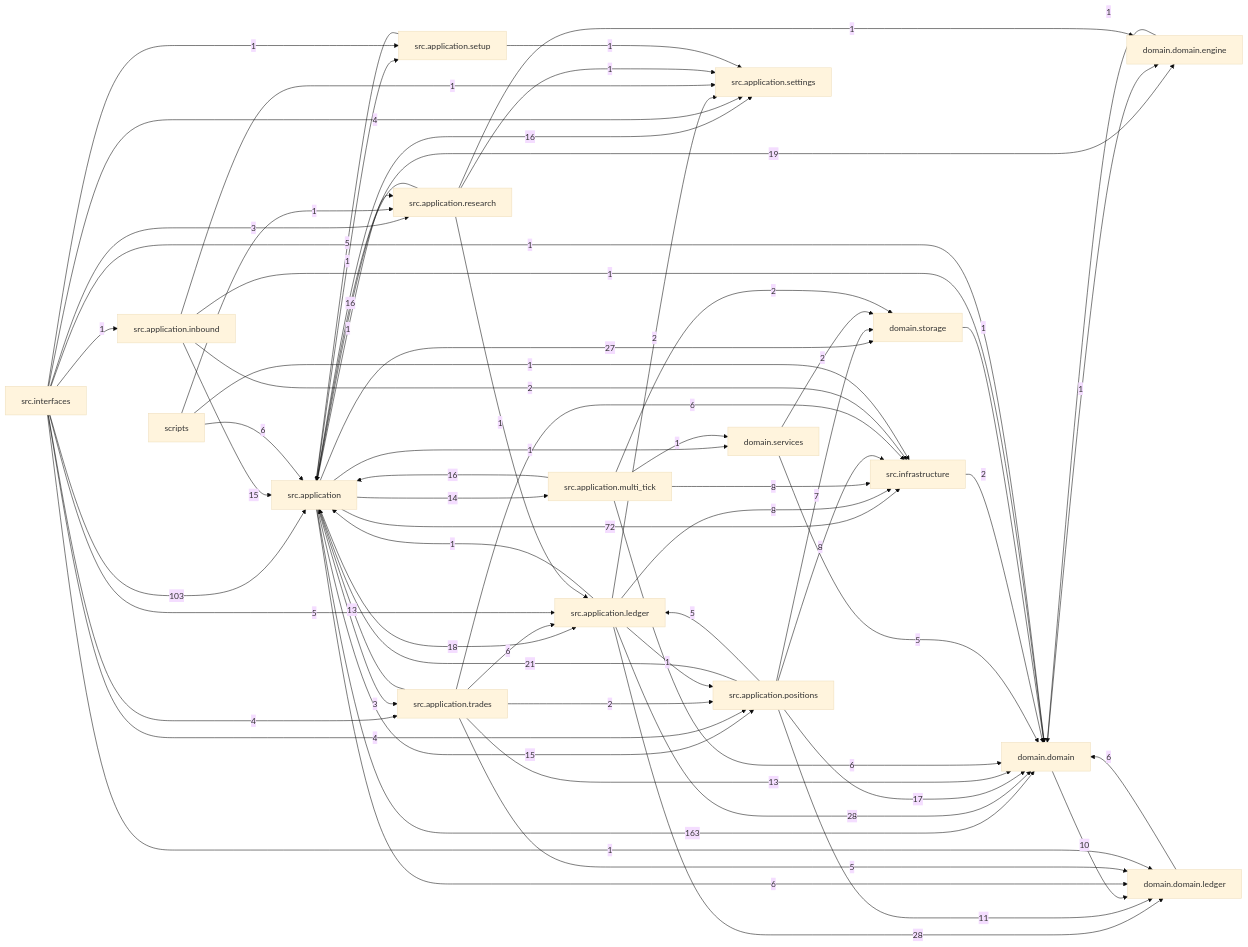
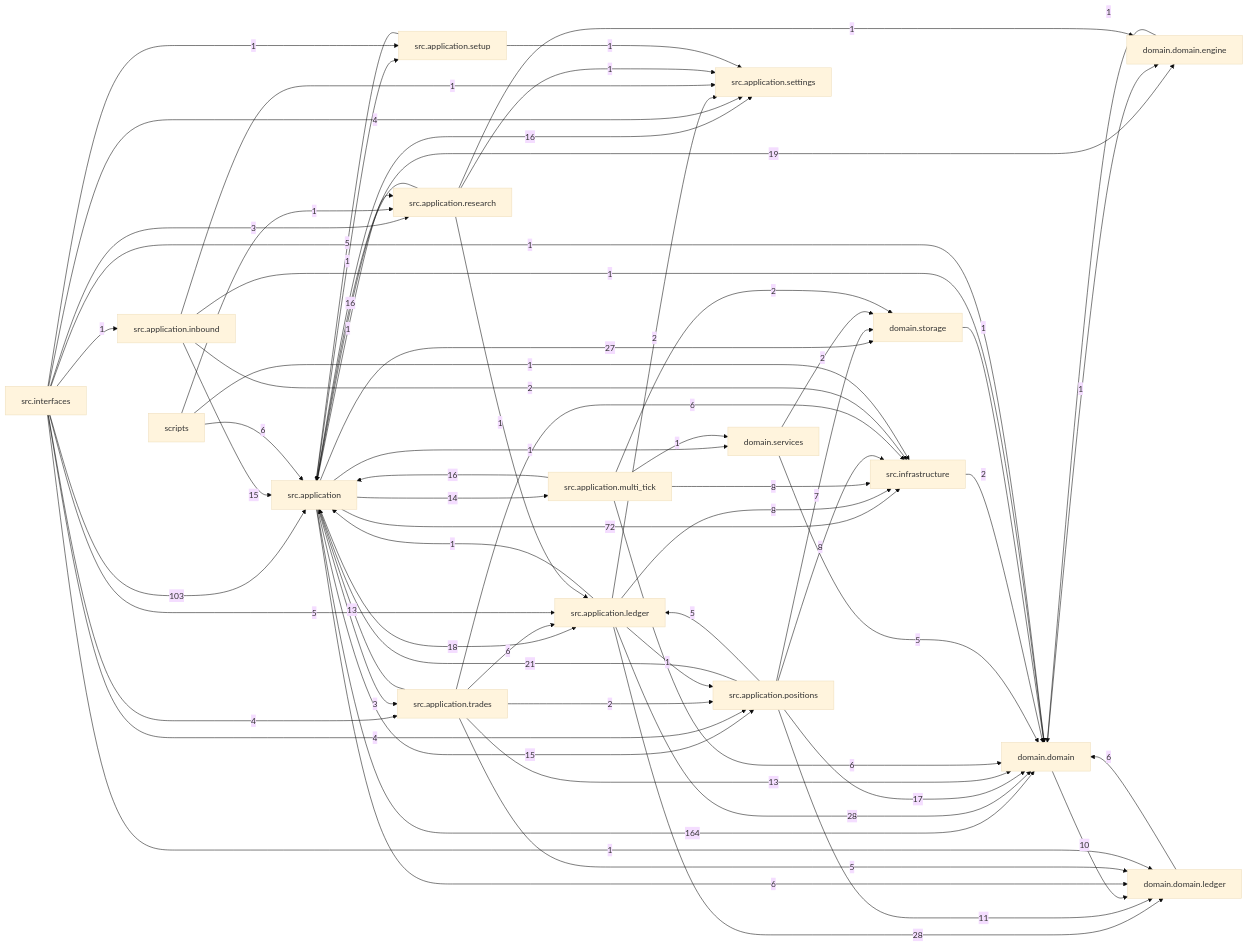
Before and after one commit to liuxie066/options-monitor: the diagram in docs/dependency_graph.mmd, drawn with Mermaid (base theme). The commit also changed 1 other file, not shown here.

Commit message:
docs: refresh dependency graph for cash_totals module

```diff
--- a/docs/dependency_graph.mmd
+++ b/docs/dependency_graph.mmd
@@ -1,68 +1,68 @@
 flowchart LR
-  src_application["src.application"] -->|163| domain_domain["domain.domain"]
+  src_application["src.application"] -->|164| domain_domain["domain.domain"]
   src_interfaces["src.interfaces"] -->|103| src_application["src.application"]
   src_application["src.application"] -->|72| src_infrastructure["src.infrastructure"]
   src_application_ledger["src.application.ledger"] -->|28| domain_domain["domain.domain"]
   src_application_ledger["src.application.ledger"] -->|28| domain_domain_ledger["domain.domain.ledger"]
   src_application["src.application"] -->|27| domain_storage["domain.storage"]
   src_application_positions["src.application.positions"] -->|21| src_application["src.application"]
   src_application["src.application"] -->|19| domain_domain_engine["domain.domain.engine"]
   src_application["src.application"] -->|18| src_application_ledger["src.application.ledger"]
   src_application_positions["src.application.positions"] -->|17| domain_domain["domain.domain"]
   src_application["src.application"] -->|16| src_application_settings["src.application.settings"]
   src_application_multi_tick["src.application.multi_tick"] -->|16| src_application["src.application"]
   src_application_research["src.application.research"] -->|16| src_application["src.application"]
   src_application["src.application"] -->|15| src_application_positions["src.application.positions"]
   src_application_inbound["src.application.inbound"] -->|15| src_application["src.application"]
   src_application["src.application"] -->|14| src_application_multi_tick["src.application.multi_tick"]
   src_application_trades["src.application.trades"] -->|13| domain_domain["domain.domain"]
   src_application_trades["src.application.trades"] -->|13| src_application["src.application"]
   src_application_positions["src.application.positions"] -->|11| domain_domain_ledger["domain.domain.ledger"]
   domain_domain["domain.domain"] -->|10| domain_domain_ledger["domain.domain.ledger"]
   src_application_ledger["src.application.ledger"] -->|8| src_infrastructure["src.infrastructure"]
   src_application_multi_tick["src.application.multi_tick"] -->|8| src_infrastructure["src.infrastructure"]
   src_application_positions["src.application.positions"] -->|8| src_infrastructure["src.infrastructure"]
   src_application_positions["src.application.positions"] -->|7| domain_storage["domain.storage"]
   domain_domain_ledger["domain.domain.ledger"] -->|6| domain_domain["domain.domain"]
   scripts["scripts"] -->|6| src_application["src.application"]
   src_application["src.application"] -->|6| domain_domain_ledger["domain.domain.ledger"]
   src_application_multi_tick["src.application.multi_tick"] -->|6| domain_domain["domain.domain"]
   src_application_trades["src.application.trades"] -->|6| src_application_ledger["src.application.ledger"]
   src_application_trades["src.application.trades"] -->|6| src_infrastructure["src.infrastructure"]
   domain_services["domain.services"] -->|5| domain_domain["domain.domain"]
   src_application_positions["src.application.positions"] -->|5| src_application_ledger["src.application.ledger"]
   src_application_setup["src.application.setup"] -->|5| src_application["src.application"]
   src_application_trades["src.application.trades"] -->|5| domain_domain_ledger["domain.domain.ledger"]
   src_interfaces["src.interfaces"] -->|5| src_application_ledger["src.application.ledger"]
   src_interfaces["src.interfaces"] -->|4| src_application_positions["src.application.positions"]
   src_interfaces["src.interfaces"] -->|4| src_application_settings["src.application.settings"]
   src_interfaces["src.interfaces"] -->|4| src_application_trades["src.application.trades"]
   src_application["src.application"] -->|3| src_application_trades["src.application.trades"]
   src_interfaces["src.interfaces"] -->|3| src_application_research["src.application.research"]
   domain_services["domain.services"] -->|2| domain_storage["domain.storage"]
   src_application_inbound["src.application.inbound"] -->|2| src_infrastructure["src.infrastructure"]
   src_application_ledger["src.application.ledger"] -->|2| src_application_settings["src.application.settings"]
   src_application_multi_tick["src.application.multi_tick"] -->|2| domain_storage["domain.storage"]
   src_application_trades["src.application.trades"] -->|2| src_application_positions["src.application.positions"]
   src_infrastructure["src.infrastructure"] -->|2| domain_domain["domain.domain"]
   domain_domain["domain.domain"] -->|1| domain_domain_engine["domain.domain.engine"]
   domain_domain_engine["domain.domain.engine"] -->|1| domain_domain["domain.domain"]
   domain_storage["domain.storage"] -->|1| domain_domain["domain.domain"]
   scripts["scripts"] -->|1| src_application_research["src.application.research"]
   scripts["scripts"] -->|1| src_infrastructure["src.infrastructure"]
   src_application["src.application"] -->|1| domain_services["domain.services"]
   src_application["src.application"] -->|1| src_application_research["src.application.research"]
   src_application["src.application"] -->|1| src_application_setup["src.application.setup"]
   src_application_inbound["src.application.inbound"] -->|1| domain_domain["domain.domain"]
   src_application_inbound["src.application.inbound"] -->|1| src_application_settings["src.application.settings"]
   src_application_ledger["src.application.ledger"] -->|1| src_application["src.application"]
   src_application_ledger["src.application.ledger"] -->|1| src_application_positions["src.application.positions"]
   src_application_multi_tick["src.application.multi_tick"] -->|1| domain_services["domain.services"]
   src_application_research["src.application.research"] -->|1| domain_domain_engine["domain.domain.engine"]
   src_application_research["src.application.research"] -->|1| src_application_ledger["src.application.ledger"]
   src_application_research["src.application.research"] -->|1| src_application_settings["src.application.settings"]
   src_application_setup["src.application.setup"] -->|1| src_application_settings["src.application.settings"]
   src_interfaces["src.interfaces"] -->|1| domain_domain["domain.domain"]
   src_interfaces["src.interfaces"] -->|1| domain_domain_ledger["domain.domain.ledger"]
   src_interfaces["src.interfaces"] -->|1| src_application_inbound["src.application.inbound"]
   src_interfaces["src.interfaces"] -->|1| src_application_setup["src.application.setup"]
```
